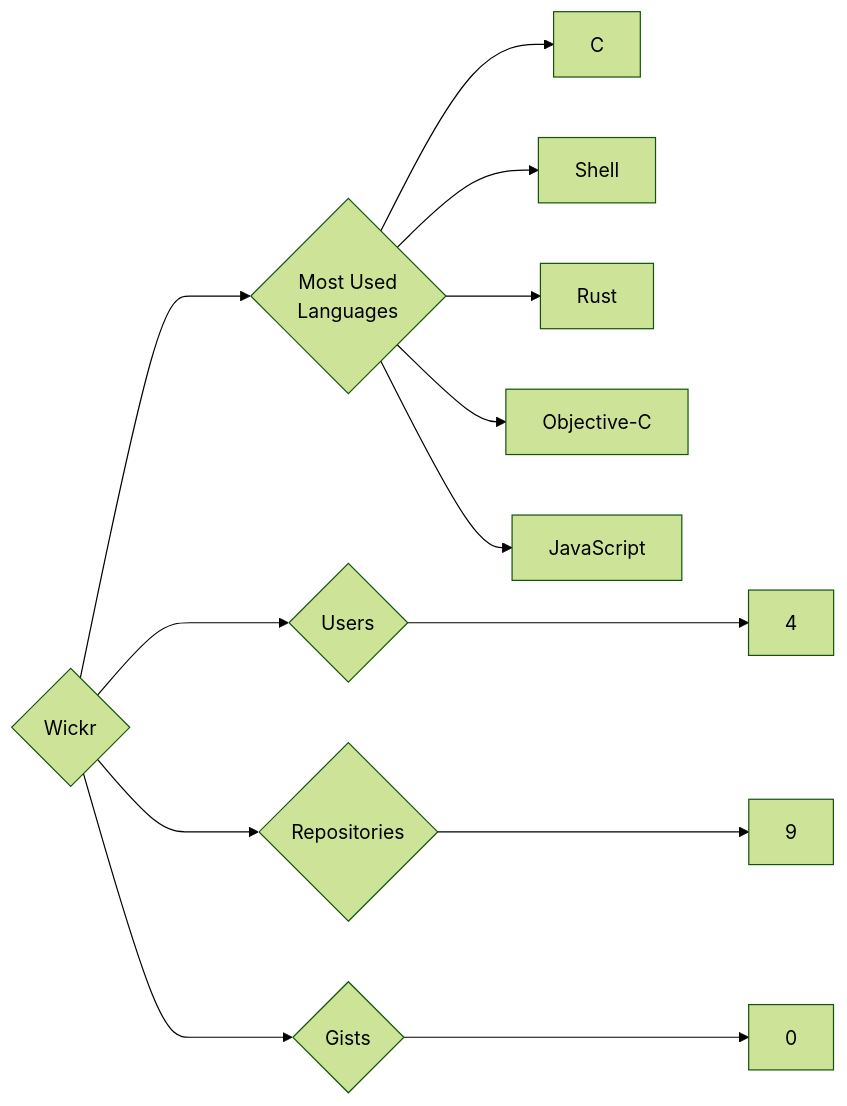
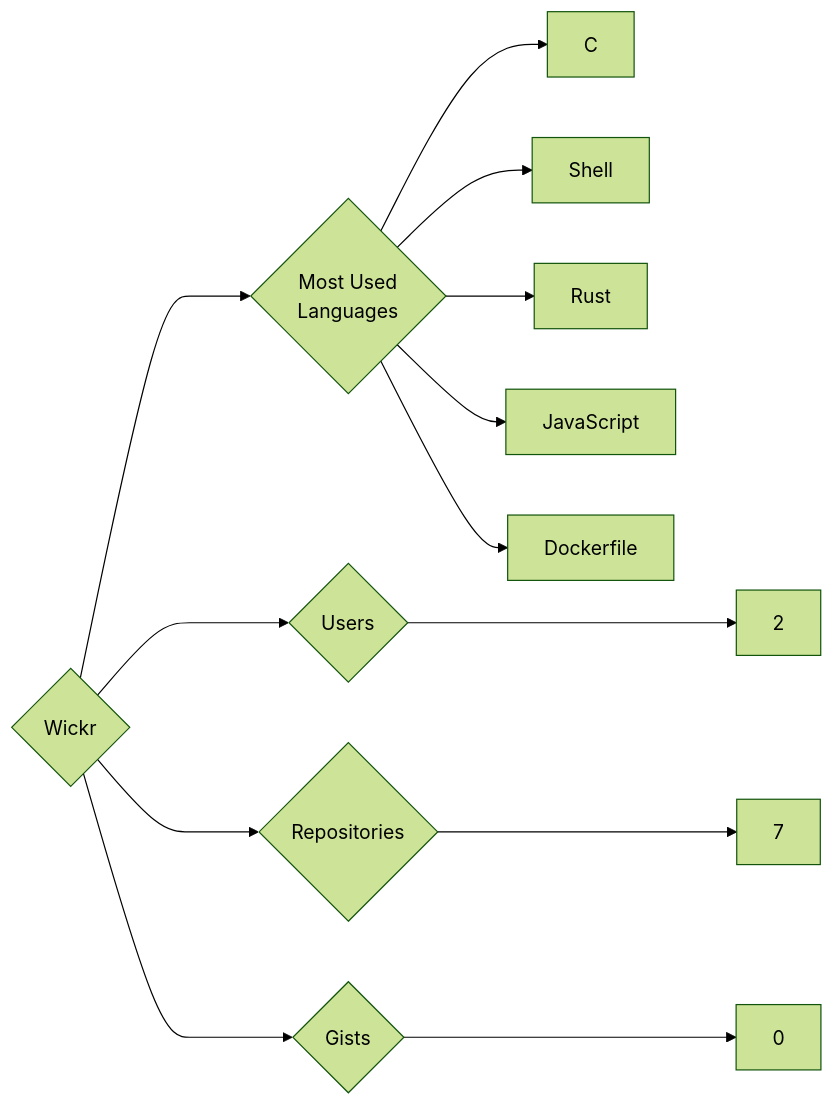
Before and after one commit to trickest/insiders: the diagram in targets/Wickr/README.md, drawn with Mermaid (forest theme). The commit also changed 948 other files, not shown here.

````diff
--- a/targets/Wickr/README.md
+++ b/targets/Wickr/README.md
@@ -3,13 +3,13 @@
 ```mermaid
 graph LR
 COMPANY_NAME{Wickr}
-COMPANY_NAME ---> U{Users} ---> UN[4]
-COMPANY_NAME ---> R{Repositories} ---> RN[9]
+COMPANY_NAME ---> U{Users} ---> UN[2]
+COMPANY_NAME ---> R{Repositories} ---> RN[7]
 COMPANY_NAME ---> G{Gists} ---> GN[0]
 COMPANY_NAME ---> ML{Most Used<br>Languages}
 ML --> C[C]
 ML --> Shell[Shell]
 ML --> Rust[Rust]
-ML --> Objective-C[Objective-C]
 ML --> JavaScript[JavaScript]
+ML --> Dockerfile[Dockerfile]
 ```
````
